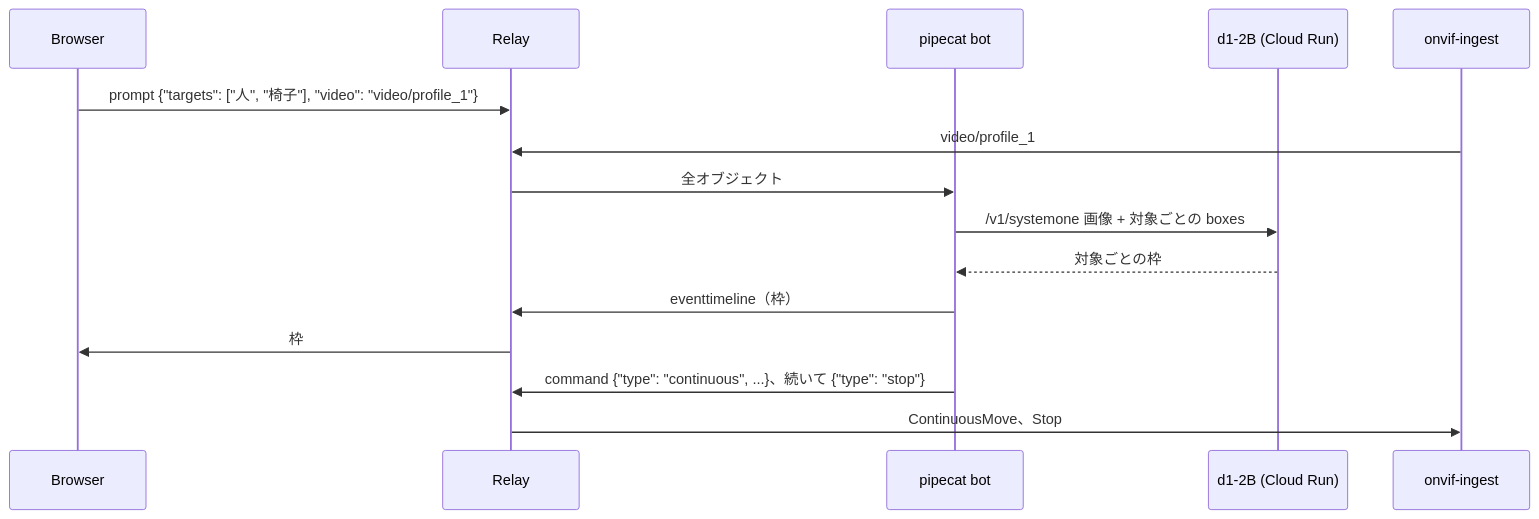
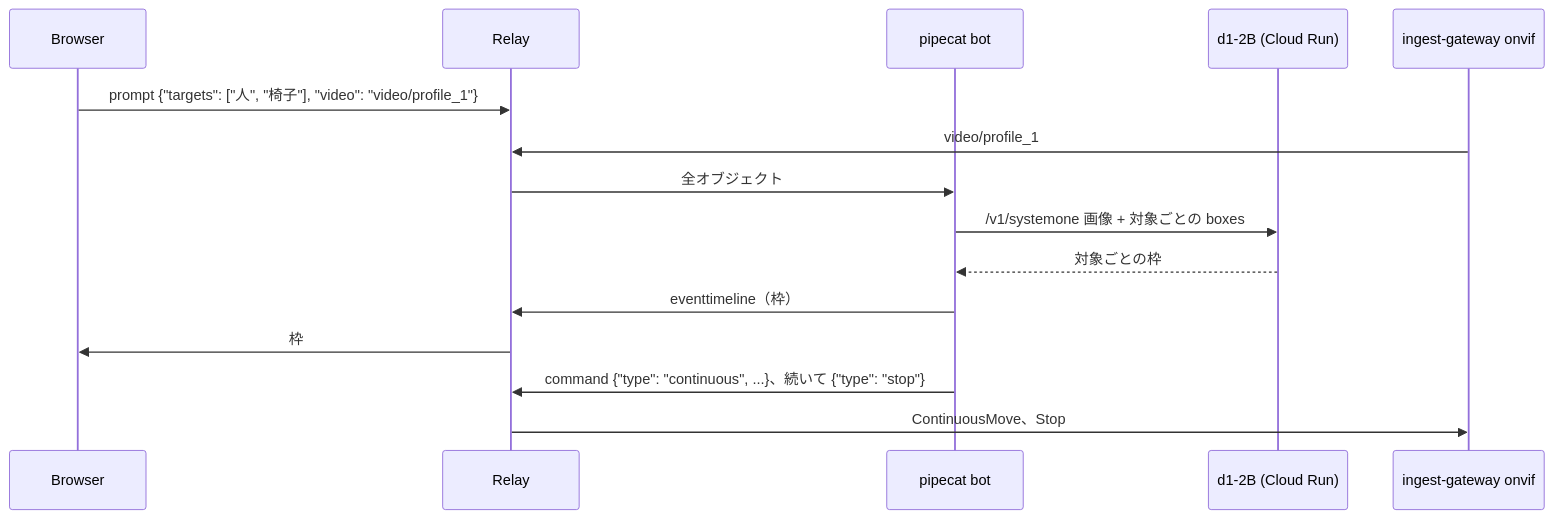
Before and after one commit to nttcom/moq-wasm: the diagram in examples/python/moq-ptz-tracking/README.md, drawn with Mermaid. The commit also changed other lines of this file and 119 other files, not shown here.

First line of the commit message:
refactor(ingest-gateway): merge live-ingest and onvif-ingest into one service (#1962)

````diff
--- a/examples/python/moq-ptz-tracking/README.md
+++ b/examples/python/moq-ptz-tracking/README.md
@@ -6,17 +6,17 @@
 ```mermaid
 sequenceDiagram
     participant B as Browser
     participant R as Relay
     participant P as pipecat bot
     participant D as d1-2B (Cloud Run)
-    participant O as onvif-ingest
+    participant O as ingest-gateway onvif
     B->>R: prompt {"targets": ["人", "椅子"], "video": "video/profile_1"}
     O->>R: video/profile_1
     R->>P: 全オブジェクト
     P->>D: /v1/systemone 画像 + 対象ごとの boxes
     D-->>P: 対象ごとの枠
     P->>R: eventtimeline（枠）
     R->>B: 枠
     P->>R: command {"type": "continuous", ...}、続いて {"type": "stop"}
     R->>O: ContinuousMove、Stop
 ```
````
